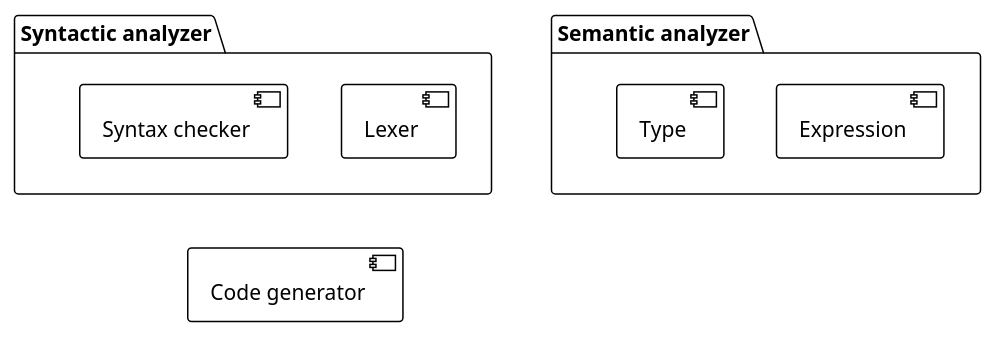
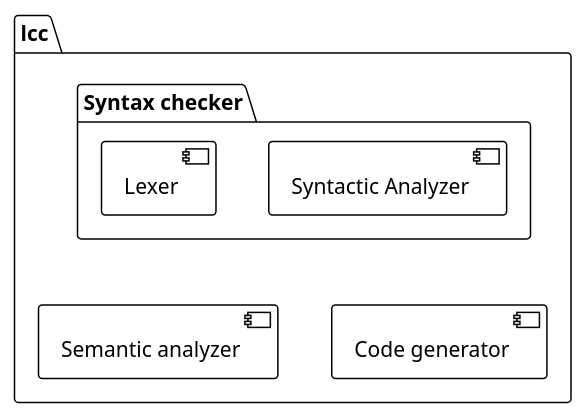
One commit to ConcreteCactus/lcc changed the diagram in docs/high-level-architecture.diag.plantuml. Above: the diagram before and after it, drawn with PlantUML. The commit also changed 4 other files, not shown here.

Commit message:
refactored lexer to have only a single parser with variable error type

```diff
--- a/docs/high-level-architecture.diag.plantuml
+++ b/docs/high-level-architecture.diag.plantuml
@@ -1,14 +1,12 @@
 @startuml
 !theme plain
-package "Syntactic analyzer" {
-    [Lexer]
-    [Syntax checker]
+package "lcc" {
+    package "Syntax checker" {
+        [Lexer]
+        [Syntactic Analyzer]
+        [Lexer] -r[hidden]- [Syntactic Analyzer]
+    }
+    [Lexer] -d[hidden]- [Semantic analyzer]
+    [Semantic analyzer] -r[hidden]- [Code generator]
 }
-package "Semantic analyzer" {
-    [Expression]
-    [Type]
-}
-[Code generator]
-"Syntactic analyzer" -[hidden]- [Code generator]
-"Semantic analyzer" -[hidden]- [Code generator]
 @enduml
```
